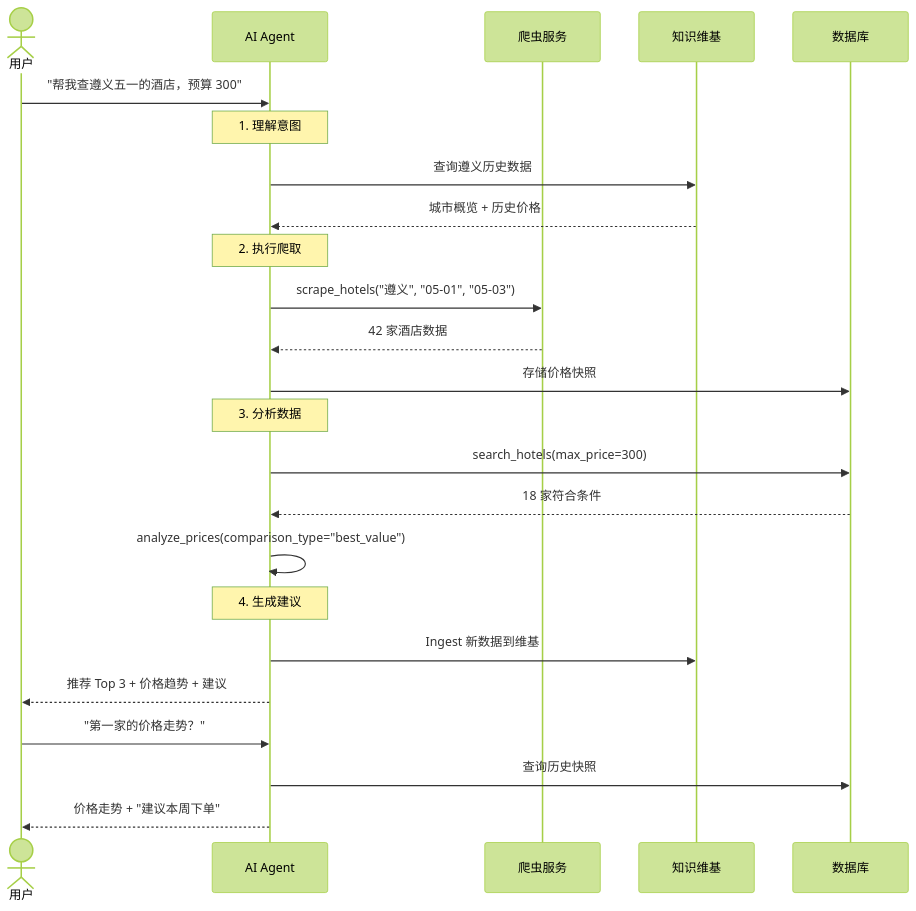
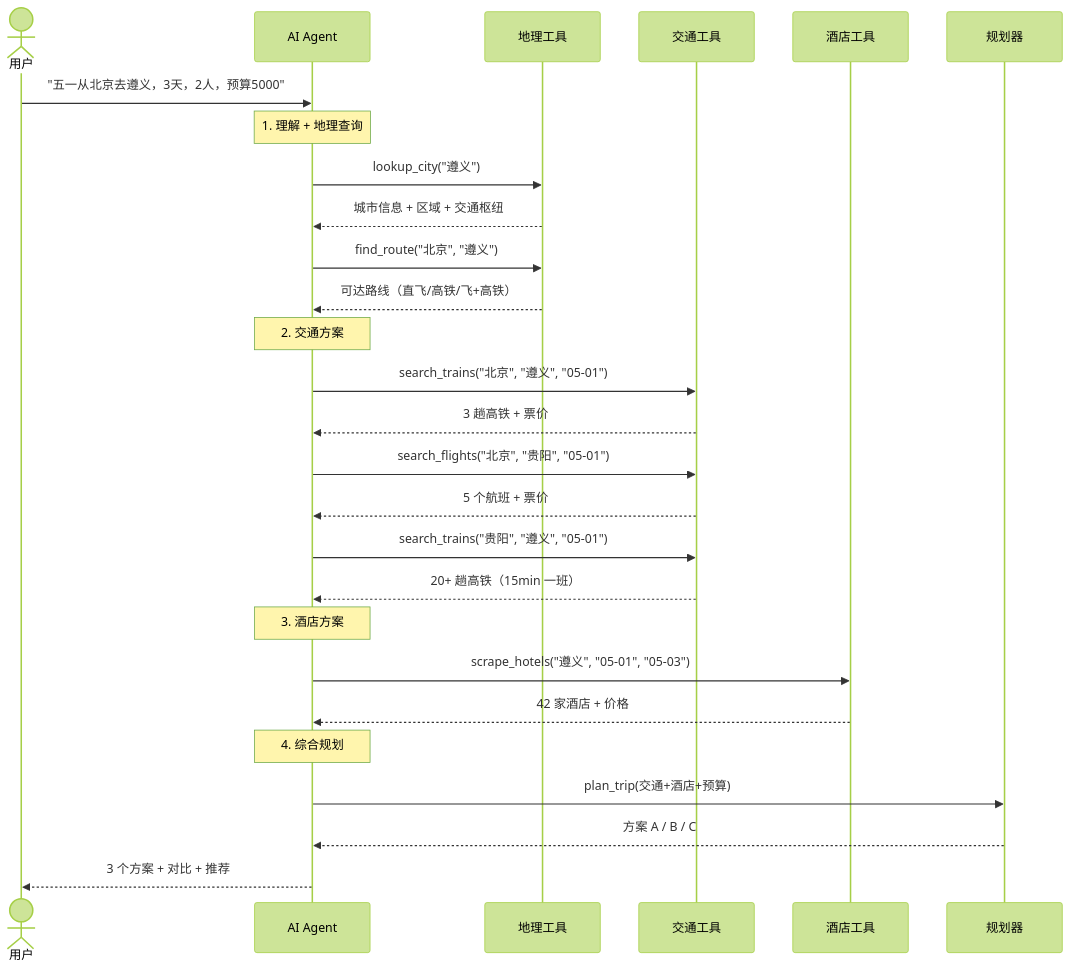
Before and after one commit to colna/CCTraveler: the sixth of 7 diagrams in docs/product.md, drawn with Mermaid (forest theme). The commit also changed other lines of this file, not shown here.

First line of the commit message:
docs: redefine product as AI travel planner (not just hotel intel)

````diff
--- a/docs/product.md
+++ b/docs/product.md
@@ -277,32 +474,35 @@
 ```mermaid
 sequenceDiagram
     actor User as 用户
     participant Agent as AI Agent
-    participant Scraper as 爬虫服务
-    participant Wiki as 知识维基
-    participant DB as 数据库
+    participant Geo as 地理工具
+    participant Transport as 交通工具
+    participant Hotel as 酒店工具
+    participant Planner as 规划器
 
-    User->>Agent: "帮我查遵义五一的酒店，预算 300"
+    User->>Agent: "五一从北京去遵义，3天，2人，预算5000"
 
-    Note over Agent: 1. 理解意图
-    Agent->>Wiki: 查询遵义历史数据
-    Wiki-->>Agent: 城市概览 + 历史价格
+    Note over Agent: 1. 理解 + 地理查询
+    Agent->>Geo: lookup_city("遵义")
+    Geo-->>Agent: 城市信息 + 区域 + 交通枢纽
+    Agent->>Geo: find_route("北京", "遵义")
+    Geo-->>Agent: 可达路线（直飞/高铁/飞+高铁）
 
-    Note over Agent: 2. 执行爬取
-    Agent->>Scraper: scrape_hotels("遵义", "05-01", "05-03")
-    Scraper-->>Agent: 42 家酒店数据
-    Agent->>DB: 存储价格快照
+    Note over Agent: 2. 交通方案
+    Agent->>Transport: search_trains("北京", "遵义", "05-01")
+    Transport-->>Agent: 3 趟高铁 + 票价
+    Agent->>Transport: search_flights("北京", "贵阳", "05-01")
+    Transport-->>Agent: 5 个航班 + 票价
+    Agent->>Transport: search_trains("贵阳", "遵义", "05-01")
+    Transport-->>Agent: 20+ 趟高铁（15min 一班）
 
-    Note over Agent: 3. 分析数据
-    Agent->>DB: search_hotels(max_price=300)
-    DB-->>Agent: 18 家符合条件
-    Agent->>Agent: analyze_prices(comparison_type="best_value")
+    Note over Agent: 3. 酒店方案
+    Agent->>Hotel: scrape_hotels("遵义", "05-01", "05-03")
+    Hotel-->>Agent: 42 家酒店 + 价格
 
-    Note over Agent: 4. 生成建议
-    Agent->>Wiki: Ingest 新数据到维基
-    Agent-->>User: 推荐 Top 3 + 价格趋势 + 建议
+    Note over Agent: 4. 综合规划
+    Agent->>Planner: plan_trip(交通+酒店+预算)
+    Planner-->>Agent: 方案 A / B / C
 
-    User->>Agent: "第一家的价格走势？"
-    Agent->>DB: 查询历史快照
-    Agent-->>User: 价格走势 + "建议本周下单"
+    Agent-->>User: 3 个方案 + 对比 + 推荐
 ```
````
